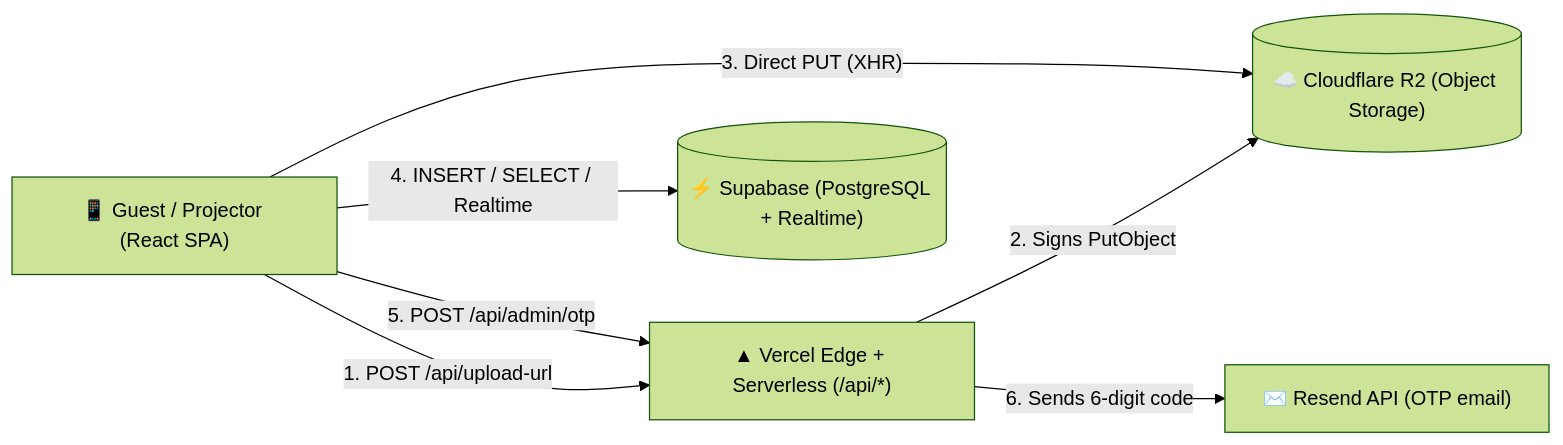
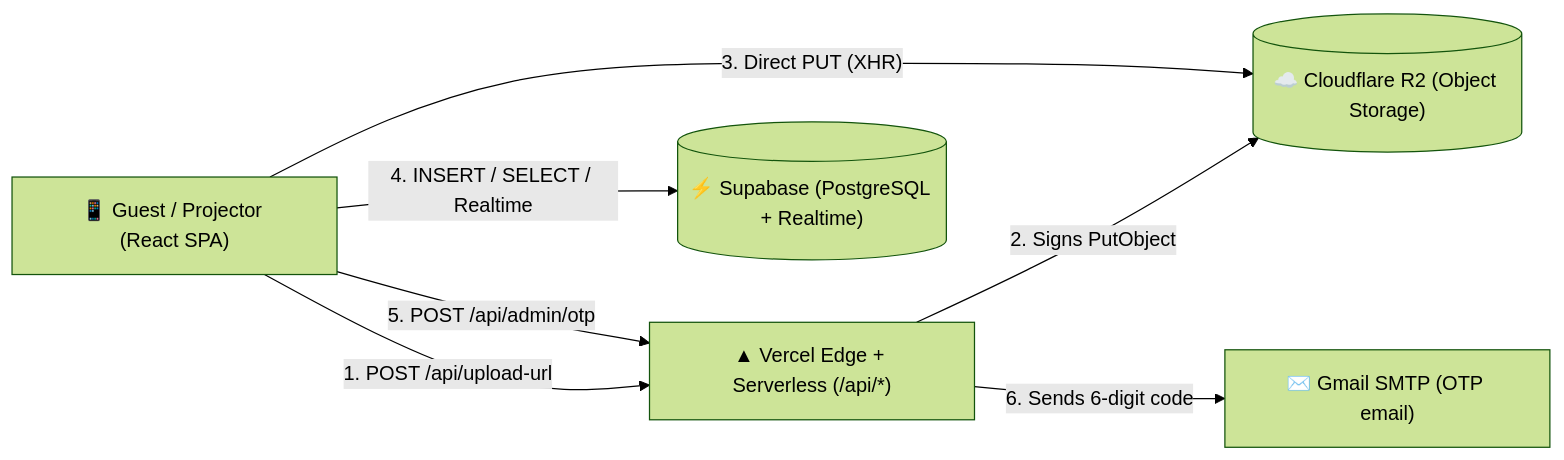
The diagram in docs/DEPLOY.md (thienry/instawedding), drawn with Mermaid (forest theme) before and after one commit. The commit also changed other lines of this file and 13 other files, not shown here.

````diff
--- a/docs/DEPLOY.md
+++ b/docs/DEPLOY.md
@@ -9,15 +9,15 @@
 ```mermaid
 flowchart LR
   Guest["📱 Guest / Projector (React SPA)"]
   Vercel["▲ Vercel Edge + Serverless (/api/*)"]
   Supabase[("⚡ Supabase (PostgreSQL + Realtime)")]
   R2[("☁️ Cloudflare R2 (Object Storage)")]
-  Resend["✉️ Resend API (OTP email)"]
+  Gmail["✉️ Gmail SMTP (OTP email)"]
 
   Guest -- "1. POST /api/upload-url" --> Vercel
   Vercel -- "2. Signs PutObject" --> R2
   Guest -- "3. Direct PUT (XHR)" --> R2
   Guest -- "4. INSERT / SELECT / Realtime" --> Supabase
   Guest -- "5. POST /api/admin/otp" --> Vercel
-  Vercel -- "6. Sends 6-digit code" --> Resend
+  Vercel -- "6. Sends 6-digit code" --> Gmail
 ```
````
